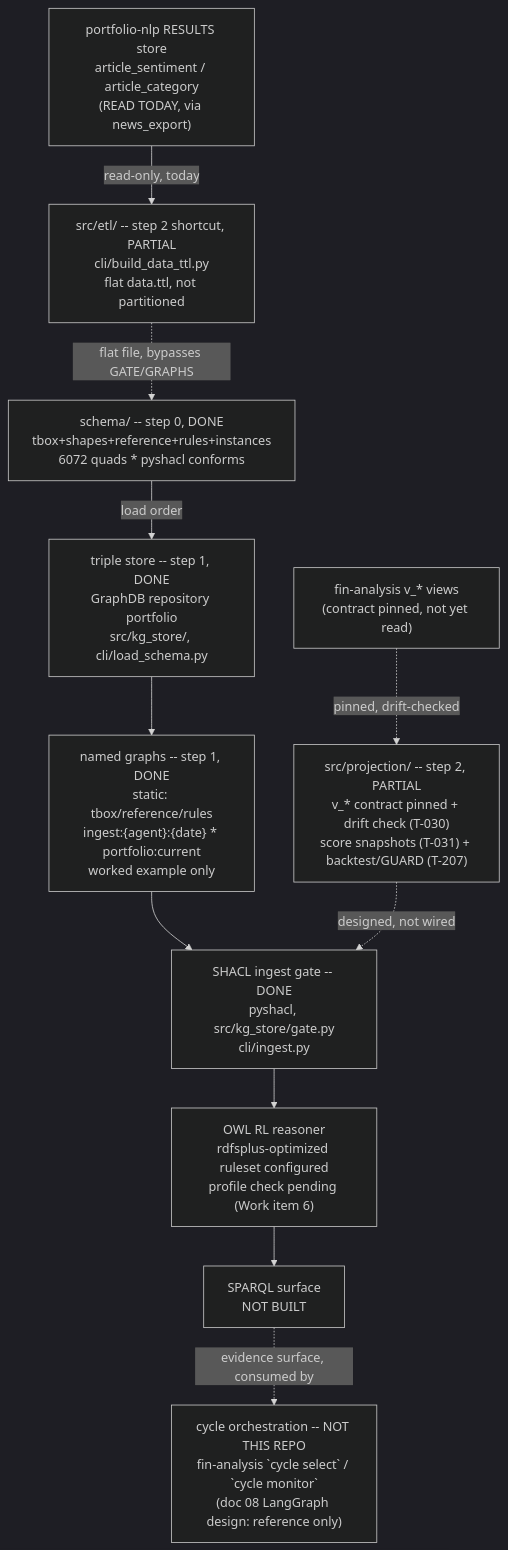
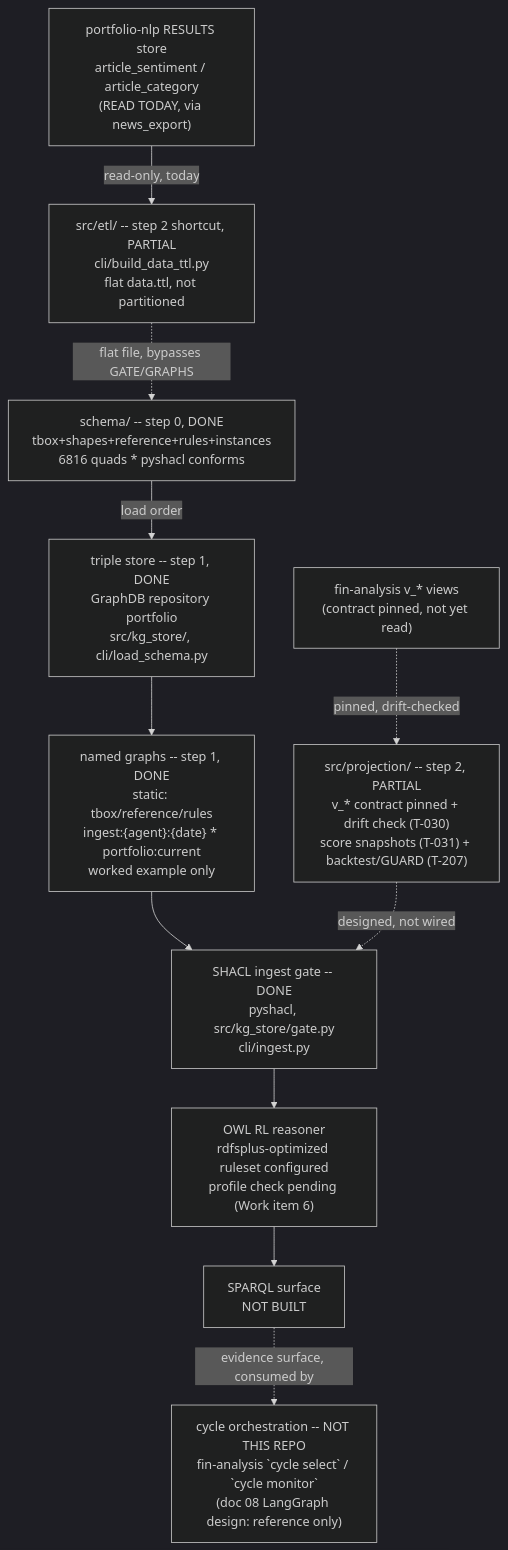
Before and after one commit to gamug/portfolio-knowledge-graph: the diagram in .specify/memory/SPEC.md, drawn with Mermaid (dark theme). The commit also changed other lines of this file and 13 other files, not shown here.

First line of the commit message:
feat(fundamentals): add the block C schema and shapes (Work item 45, T-811/T-812)

````diff
--- a/.specify/memory/SPEC.md
+++ b/.specify/memory/SPEC.md
@@ -1027,22 +1027,22 @@
 ```mermaid
 flowchart TB
-    SCHEMA["schema/ -- step 0, DONE<br/>tbox+shapes+reference+rules+instances<br/>6072 quads * pyshacl conforms"]
+    SCHEMA["schema/ -- step 0, DONE<br/>tbox+shapes+reference+rules+instances<br/>6816 quads * pyshacl conforms"]
     STORE["triple store -- step 1, DONE<br/>GraphDB repository portfolio<br/>src/kg_store/, cli/load_schema.py"]
     GRAPHS["named graphs -- step 1, DONE<br/>static: tbox/reference/rules<br/>ingest:{agent}:{date} * portfolio:current<br/>worked example only"]
     GATE["SHACL ingest gate -- DONE<br/>pyshacl, src/kg_store/gate.py<br/>cli/ingest.py"]
     PROJ["src/projection/ -- step 2, PARTIAL<br/>v_* contract pinned + drift check (T-030)<br/>score snapshots (T-031) + backtest/GUARD (T-207)"]
     FIN["fin-analysis v_* views<br/>(contract pinned, not yet read)"]
     NLPRES["portfolio-nlp RESULTS store<br/>article_sentiment / article_category<br/>(READ TODAY, via news_export)"]
     ETL["src/etl/ -- step 2 shortcut, PARTIAL<br/>cli/build_data_ttl.py<br/>flat data.ttl, not partitioned"]
     REASON["OWL RL reasoner<br/>rdfsplus-optimized ruleset configured<br/>profile check pending (Work item 6)"]
     SPARQL["SPARQL surface<br/>NOT BUILT"]
     AGENTS["cycle orchestration -- NOT THIS REPO<br/>fin-analysis `cycle select` / `cycle monitor`<br/>(doc 08 LangGraph design: reference only)"]
 
     SCHEMA -->|load order| STORE --> GRAPHS --> GATE
     FIN -.->|pinned, drift-checked| PROJ
     PROJ -.->|designed, not wired| GATE
     NLPRES -->|read-only, today| ETL
     ETL -.->|flat file, bypasses GATE/GRAPHS| SCHEMA
     GATE --> REASON --> SPARQL
     SPARQL -.->|evidence surface, consumed by| AGENTS
 ```
````
